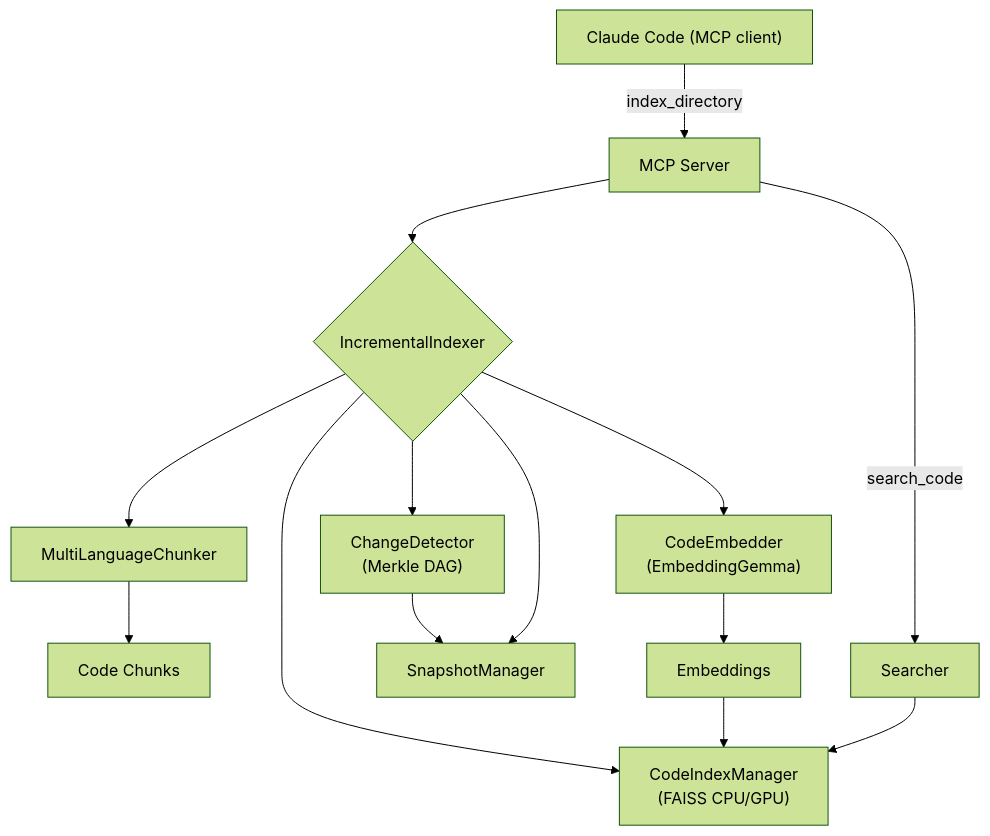
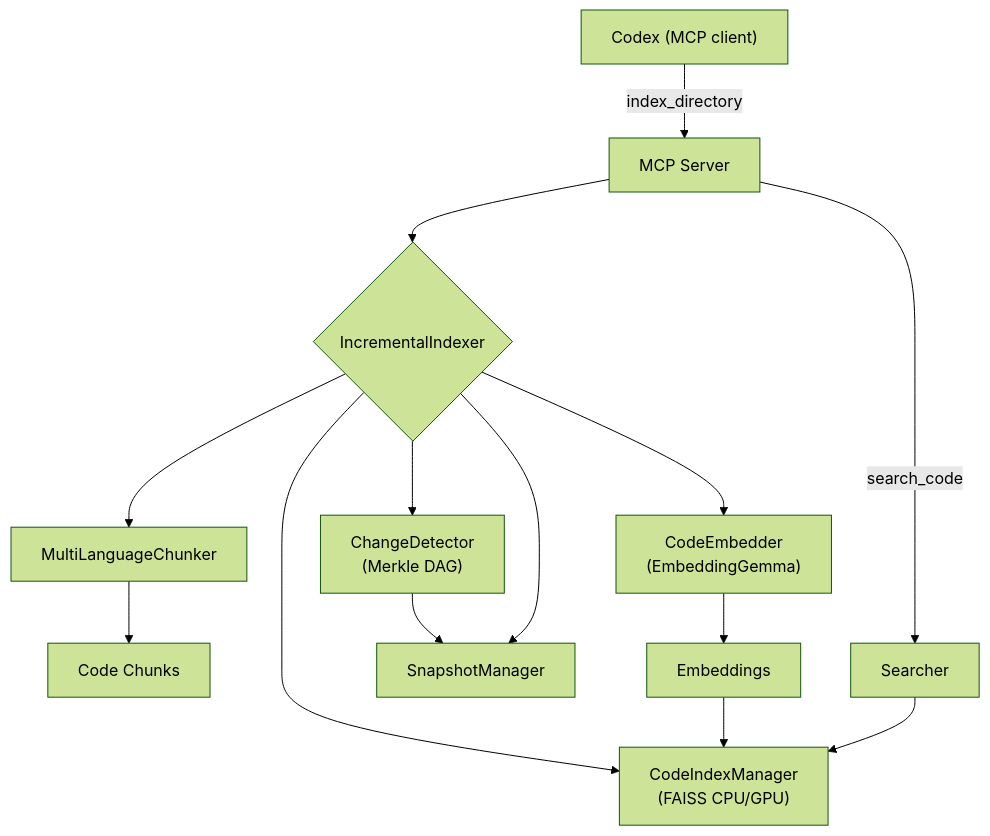
Before and after one commit to anasdayeh/claude-context-local: the diagram in README.md, drawn with Mermaid (forest theme). The commit also changed other lines of this file and 39 other files, not shown here.

````diff
--- a/README.md
+++ b/README.md
@@ -151,16 +162,16 @@
 ```mermaid
 graph TD
-    A["Claude Code (MCP client)"] -->|index_directory| B["MCP Server"]
+    A["Codex (MCP client)"] -->|index_directory| B["MCP Server"]
     B --> C{IncrementalIndexer}
     C --> D["ChangeDetector<br/>(Merkle DAG)"]
     C --> E["MultiLanguageChunker"]
     E --> F["Code Chunks"]
     C --> G["CodeEmbedder<br/>(EmbeddingGemma)"]
     G --> H["Embeddings"]
     C --> I["CodeIndexManager<br/>(FAISS CPU/GPU)"]
     H --> I
     D --> J["SnapshotManager"]
     C --> J
     B -->|search_code| K["Searcher"]
     K --> I
 ```
````
